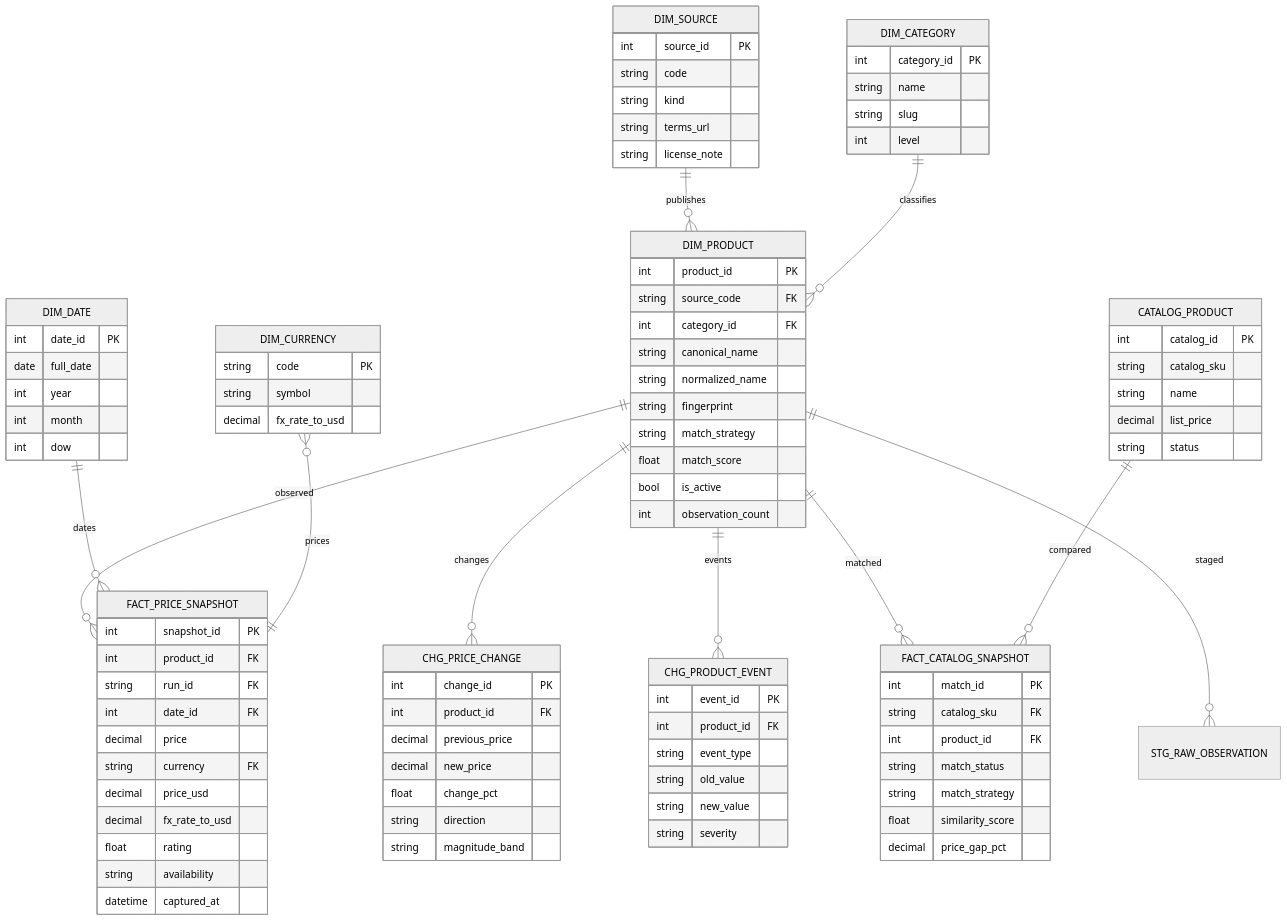
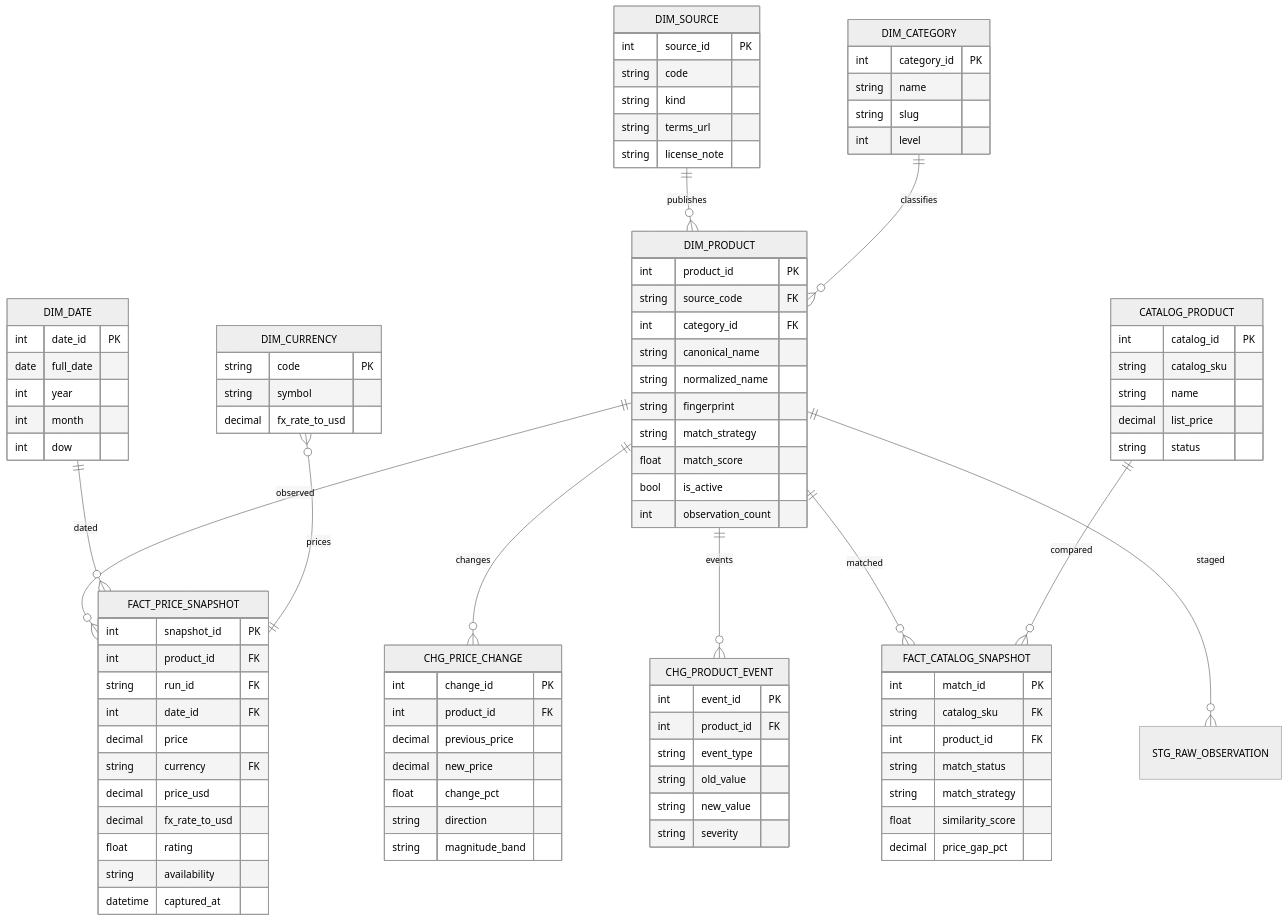
The seventh of 9 diagrams in README.md (Ahmedbakr78/Web-to-Warehouse-Product-Intelligence-Pipeline), drawn with Mermaid (neutral theme) before and after one commit. The commit also changed other lines of this file, not shown here.

```diff
--- a/README.md
+++ b/README.md
@@ -272,7 +377,7 @@
     DIM_SOURCE ||--o{ DIM_PRODUCT : publishes
     DIM_CATEGORY ||--o{ DIM_PRODUCT : classifies
     DIM_PRODUCT ||--o{ FACT_PRICE_SNAPSHOT : observed
-    DIM_DATE ||--o{ FACT_PRICE_SNAPSHOT : dates
+    DIM_DATE ||--o{ FACT_PRICE_SNAPSHOT : dated
     DIM_CURRENCY }o--|| FACT_PRICE_SNAPSHOT : prices
     DIM_PRODUCT ||--o{ CHG_PRICE_CHANGE : changes
     DIM_PRODUCT ||--o{ CHG_PRODUCT_EVENT : events
```
